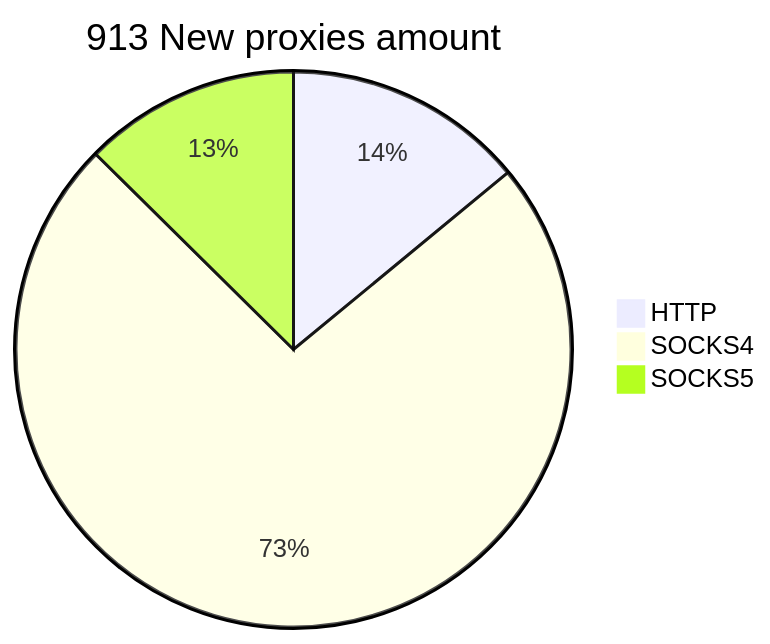
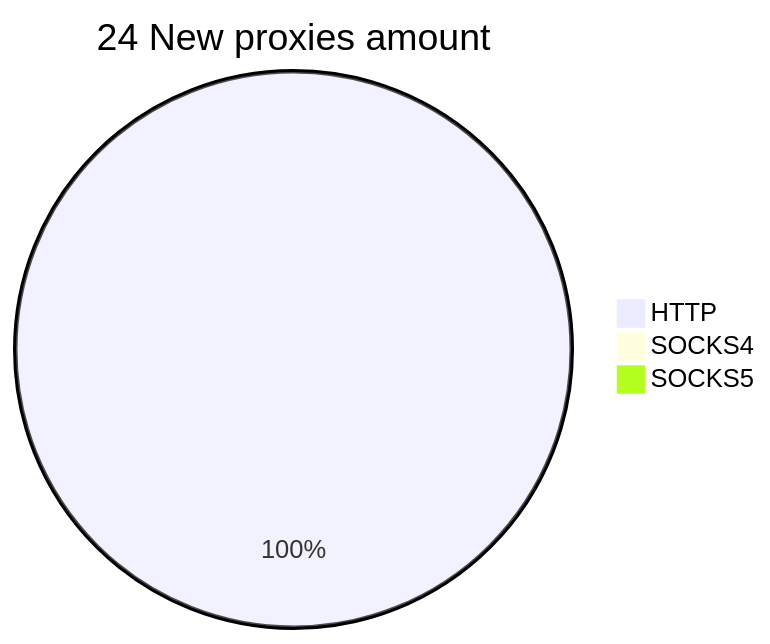
Before and after one commit to cutipu/proxylist: the second of 2 diagrams in README.md, drawn with Mermaid. The commit also changed other lines of this file, not shown here.

````diff
--- a/README.md
+++ b/README.md
@@ -10,6 +10,6 @@
 ```mermaid
-pie title 913 New proxies amount
-    "HTTP" : 128
-    "SOCKS4" : 670
-    "SOCKS5" : 115
+pie title 24 New proxies amount
+    "HTTP" : 24
+    "SOCKS4" : 0
+    "SOCKS5" : 0
 ```
````
